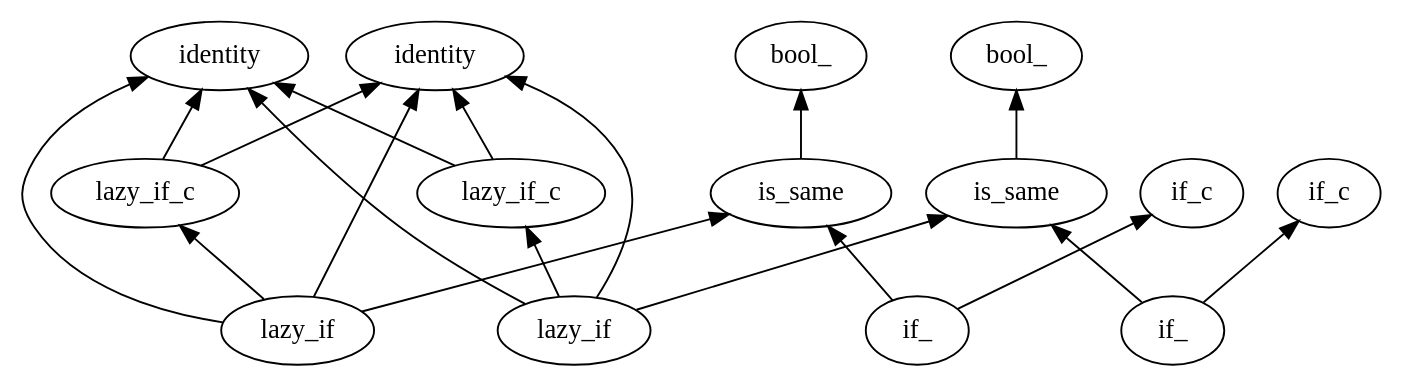
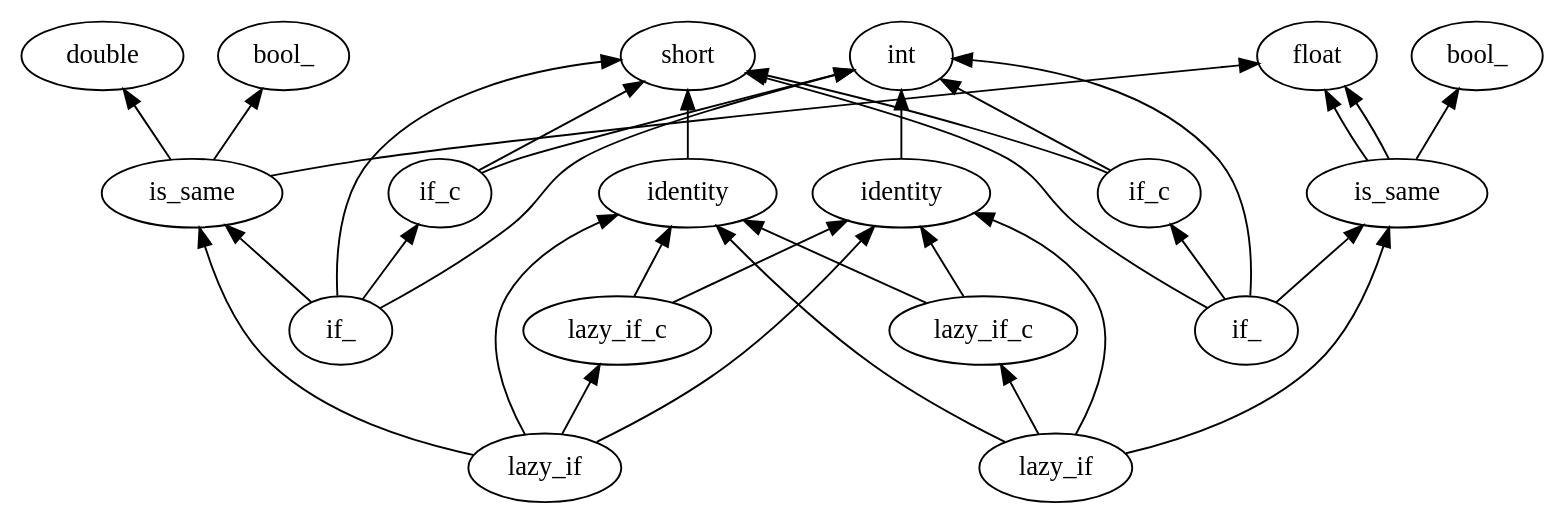
Before and after one commit to brycelelbach/ariel: the diagram in output/dot/heller.dot, drawn with Graphviz. The commit also changed 6 other files, not shown here.

```diff
--- a/output/dot/heller.dot
+++ b/output/dot/heller.dot
@@ -1,37 +1,55 @@
 digraph {
 rankdir="BT";
-n64099686[label="identity"];
-n6145512140[label="is_same"];
-n6389975045[label="bool_"];
-n6760692985[label="identity"];
-n6908642958[label="lazy_if"];
-n61547732061[label="if_"];
-n62111052413[label="is_same"];
-n62462696463[label="bool_"];
-n63894491725[label="lazy_if_c"];
-n64042619616[label="if_c"];
-n64051250341[label="lazy_if"];
-n64226262365[label="if_c"];
-n64244126063[label="if_"];
-n64258749489[label="lazy_if_c"];
+n124223376[label="short"];
+n124223400[label="int"];
+n124223592[label="float"];
+n124223616[label="double"];
+n6615859080[label="lazy_if_c"];
+n6642305425[label="if_"];
+n6720571389[label="bool_"];
+n6722923186[label="if_"];
+n61054241579[label="is_same"];
+n61254134072[label="lazy_if"];
+n62058183418[label="if_c"];
+n62178302683[label="lazy_if"];
+n62271219126[label="identity"];
+n62495756665[label="if_c"];
+n62985523913[label="is_same"];
+n63509206211[label="identity"];
+n63658518254[label="lazy_if_c"];
+n64175770700[label="bool_"];
 
-n6145512140 -> n6389975045;
-n6908642958 -> n62111052413;
-n6908642958 -> n6760692985;
-n6908642958 -> n64099686;
-n6908642958 -> n64258749489;
-n61547732061 -> n6145512140;
-n61547732061 -> n64226262365;
-n62111052413 -> n62462696463;
-n63894491725 -> n6760692985;
-n63894491725 -> n64099686;
-n64051250341 -> n6145512140;
-n64051250341 -> n6760692985;
-n64051250341 -> n64099686;
-n64051250341 -> n63894491725;
-n64244126063 -> n62111052413;
-n64244126063 -> n64042619616;
-n64258749489 -> n6760692985;
-n64258749489 -> n64099686;
+n6615859080 -> n63509206211;
+n6615859080 -> n62271219126;
+n6642305425 -> n62985523913;
+n6642305425 -> n124223400;
+n6642305425 -> n124223376;
+n6642305425 -> n62058183418;
+n6722923186 -> n61054241579;
+n6722923186 -> n124223400;
+n6722923186 -> n124223376;
+n6722923186 -> n62495756665;
+n61054241579 -> n124223592;
+n61054241579 -> n124223616;
+n61054241579 -> n64175770700;
+n61254134072 -> n62985523913;
+n61254134072 -> n63509206211;
+n61254134072 -> n62271219126;
+n61254134072 -> n63658518254;
+n62058183418 -> n124223400;
+n62058183418 -> n124223376;
+n62178302683 -> n61054241579;
+n62178302683 -> n63509206211;
+n62178302683 -> n62271219126;
+n62178302683 -> n6615859080;
+n62271219126 -> n124223376;
+n62495756665 -> n124223400;
+n62495756665 -> n124223376;
+n62985523913 -> n124223592;
+n62985523913 -> n124223592;
+n62985523913 -> n6720571389;
+n63509206211 -> n124223400;
+n63658518254 -> n63509206211;
+n63658518254 -> n62271219126;
 
 }
```
